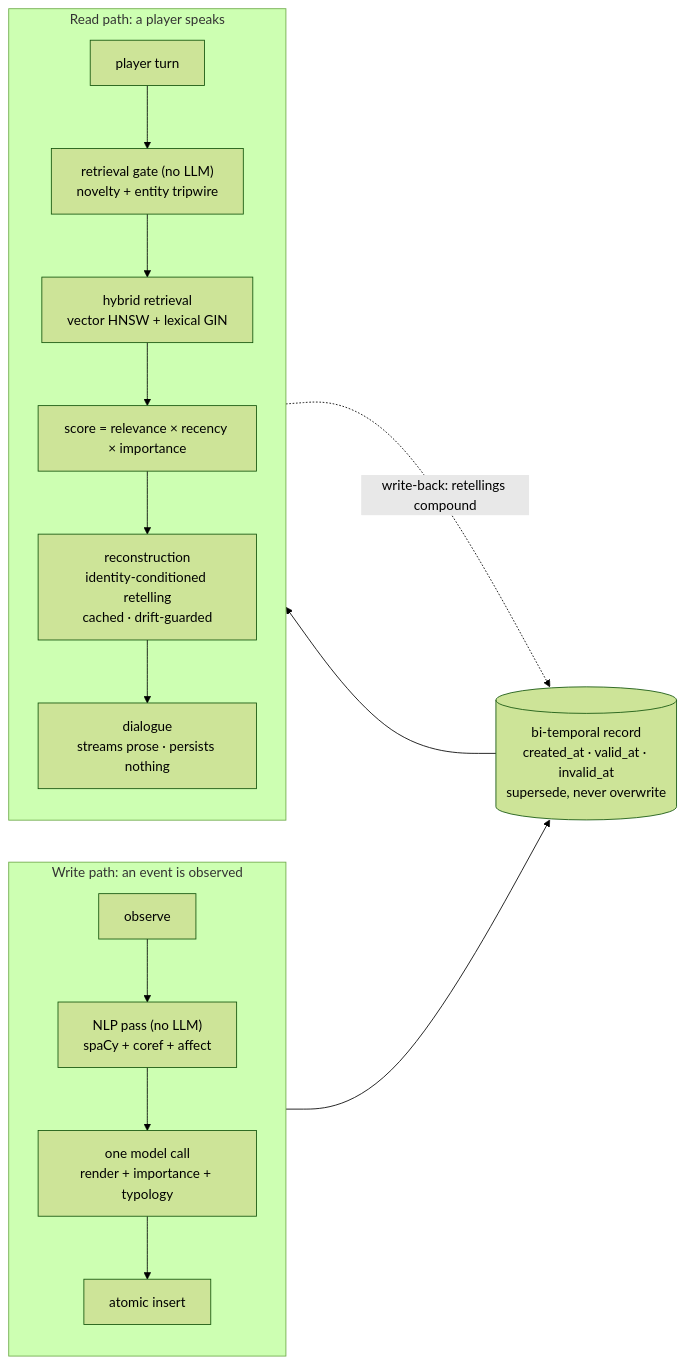
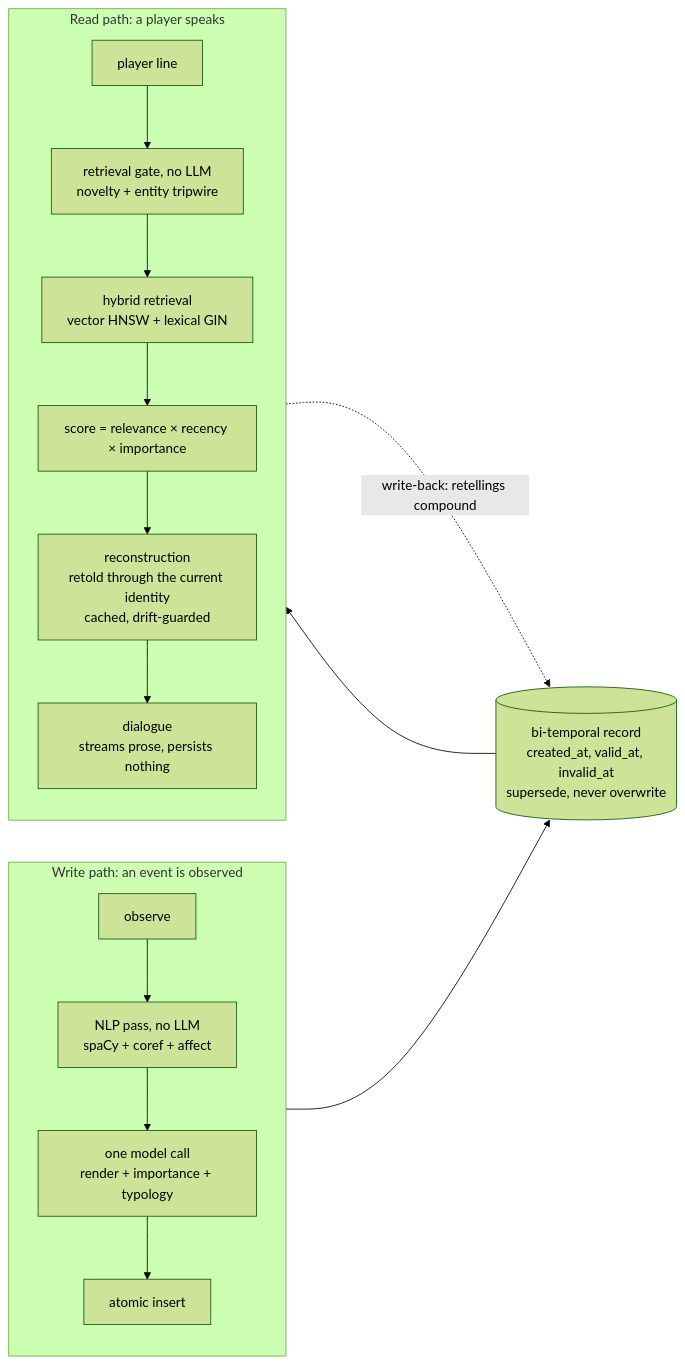
The diagram in README.md (jzane1/twicetold-npc), drawn with Mermaid (forest theme) before and after one commit. The commit also changed other lines of this file and 13 other files, not shown here.

````diff
--- a/README.md
+++ b/README.md
@@ -27,20 +46,20 @@
 ```mermaid
 flowchart LR
     subgraph W["Write path: an event is observed"]
         direction TB
-        O["observe"] --> N["NLP pass (no LLM)<br/>spaCy + coref + affect"]
+        O["observe"] --> N["NLP pass, no LLM<br/>spaCy + coref + affect"]
         N --> M["one model call<br/>render + importance + typology"]
         M --> I["atomic insert"]
     end
     subgraph R["Read path: a player speaks"]
         direction TB
-        Q["player turn"] --> G["retrieval gate (no LLM)<br/>novelty + entity tripwire"]
+        Q["player line"] --> G["retrieval gate, no LLM<br/>novelty + entity tripwire"]
         G --> H["hybrid retrieval<br/>vector HNSW + lexical GIN"]
         H --> S["score = relevance × recency × importance"]
-        S --> C["reconstruction<br/>identity-conditioned retelling<br/>cached · drift-guarded"]
-        C --> D["dialogue<br/>streams prose · persists nothing"]
+        S --> C["reconstruction<br/>retold through the current identity<br/>cached, drift-guarded"]
+        C --> D["dialogue<br/>streams prose, persists nothing"]
     end
-    I --> B[("bi-temporal record<br/>created_at · valid_at · invalid_at<br/>supersede, never overwrite")]
+    I --> B[("bi-temporal record<br/>created_at, valid_at, invalid_at<br/>supersede, never overwrite")]
     B --> H
     C -. "write-back: retellings compound" .-> B
 ```
````
